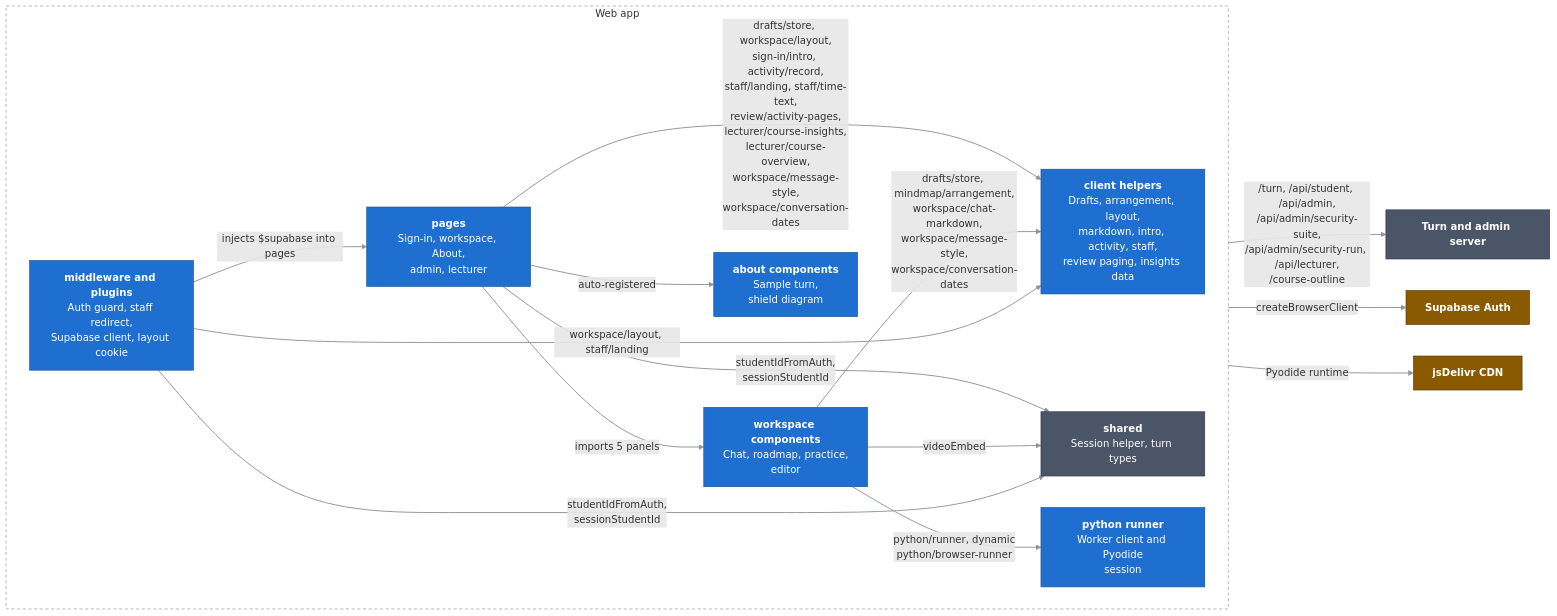
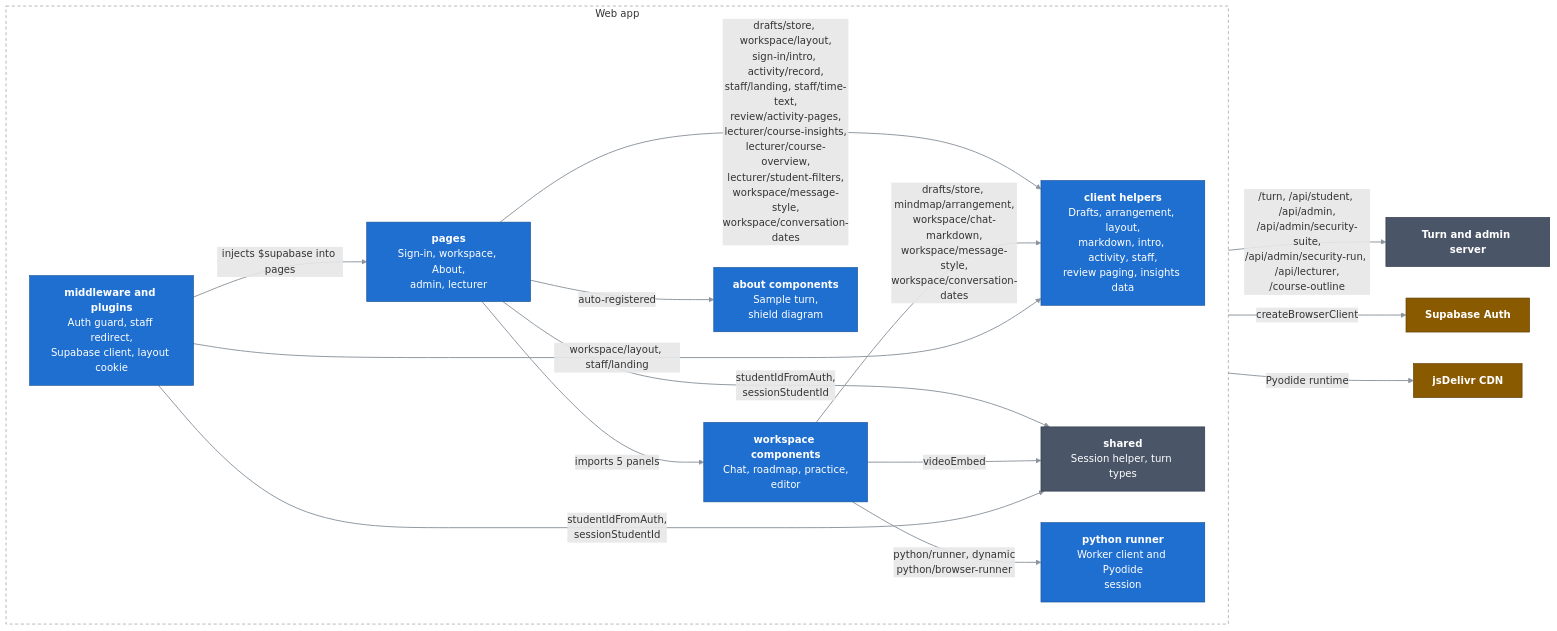
One commit to atuan1605/COS40005_HN9_Verifiable_Co-Learner_Agent changed the diagram in docs/c4/03-components/web-app/00-overview.md. Above: the diagram before and after it, drawn with Mermaid. The commit also changed 13 other files, not shown here.

````diff
--- a/docs/c4/03-components/web-app/00-overview.md
+++ b/docs/c4/03-components/web-app/00-overview.md
@@ -13,38 +13,38 @@
 ```mermaid
 flowchart LR
   classDef comp fill:#1f6fd0,stroke:#164f96,color:#ffffff
   classDef near fill:#4a5568,stroke:#2d3748,color:#ffffff
   classDef ext fill:#8a5a00,stroke:#5c3c00,color:#ffffff
   linkStyle default stroke:#8b949e,stroke-width:1.5px
 
   subgraph app["Web app"]
     direction LR
     pages["<b>pages</b><br/>Sign-in, workspace, About,<br/>admin, lecturer"]:::comp
     ws["<b>workspace components</b><br/>Chat, roadmap, practice,<br/>editor"]:::comp
     home["<b>about components</b><br/>Sample turn,<br/>shield diagram"]:::comp
     helpers["<b>client helpers</b><br/>Drafts, arrangement, layout,<br/>markdown, intro, activity, staff,<br/>review paging, insights data"]:::comp
     py["<b>python runner</b><br/>Worker client and Pyodide<br/>session"]:::comp
     mw["<b>middleware and plugins</b><br/>Auth guard, staff redirect,<br/>Supabase client, layout cookie"]:::comp
     shared["<b>shared</b><br/>Session helper, turn types"]:::near
   end
 
   server["<b>Turn and admin server</b>"]:::near
   auth["<b>Supabase Auth</b>"]:::ext
   cdn["<b>jsDelivr CDN</b>"]:::ext
 
   pages -->|"imports 5 panels"| ws
-  pages -->|"drafts/store, workspace/layout,<br/>sign-in/intro, activity/record,<br/>staff/landing, staff/time-text,<br/>review/activity-pages,<br/>lecturer/course-insights,<br/>lecturer/course-overview,<br/>workspace/message-style,<br/>workspace/conversation-dates"| helpers
+  pages -->|"drafts/store, workspace/layout,<br/>sign-in/intro, activity/record,<br/>staff/landing, staff/time-text,<br/>review/activity-pages,<br/>lecturer/course-insights,<br/>lecturer/course-overview,<br/>lecturer/student-filters,<br/>workspace/message-style,<br/>workspace/conversation-dates"| helpers
   pages -->|"studentIdFromAuth,<br/>sessionStudentId"| shared
   pages ==>|"auto-registered"| home
   pages ==>|"/turn, /api/student, /api/admin,<br/>/api/admin/security-suite,<br/>/api/admin/security-run, /api/lecturer,<br/>/course-outline"| server
   ws -->|"drafts/store, mindmap/arrangement,<br/>workspace/chat-markdown,<br/>workspace/message-style,<br/>workspace/conversation-dates"| helpers
   ws -->|"videoEmbed"| shared
   ws -->|"python/runner, dynamic<br/>python/browser-runner"| py
   mw -->|"workspace/layout, staff/landing"| helpers
   mw -->|"studentIdFromAuth,<br/>sessionStudentId"| shared
   mw ==>|"injects $supabase into pages"| pages
   mw ==>|"createBrowserClient"| auth
   py -->|"Pyodide runtime"| cdn
 
   style app fill:none,stroke:#8b949e,stroke-dasharray:5 4
 ```
````
